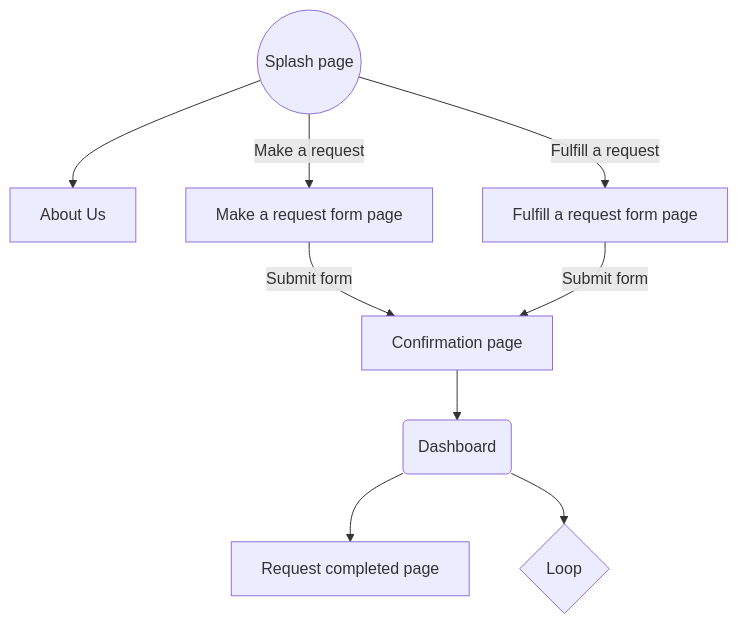
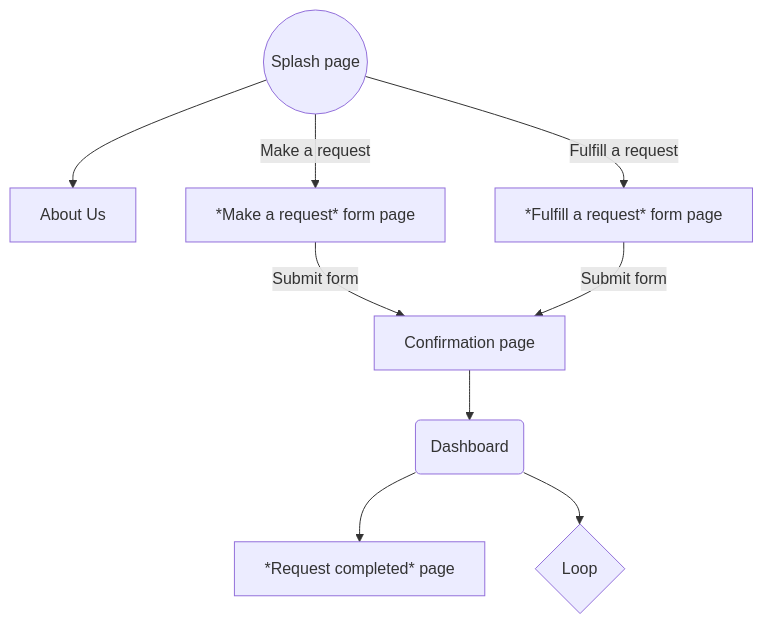
The diagram in README.md (Joanne-Chang/PointSwap), drawn with Mermaid before and after one commit. The commit also changed other lines of this file, not shown here.

Commit message:
🗳️📭 Updated with Glitch

````diff
--- a/README.md
+++ b/README.md
@@ -26,11 +26,11 @@
 ```mermaid
   graph TD;
       A((Splash page)) --> D[About Us];
-      A -- Make a request --> B["Make a request" form page]; 
-      A -- Fulfill a request --> C["Fulfill a request" form page]; 
+      A -- Make a request --> B[*Make a request* form page]; 
+      A -- Fulfill a request --> C[*Fulfill a request* form page]; 
       B -- Submit form --> E[Confirmation page];
       C -- Submit form --> E;
       E --> F(Dashboard);
-      F --> G["Request completed" page];
+      F --> G[*Request completed* page];
       F --> H{Loop};
 ```
````
